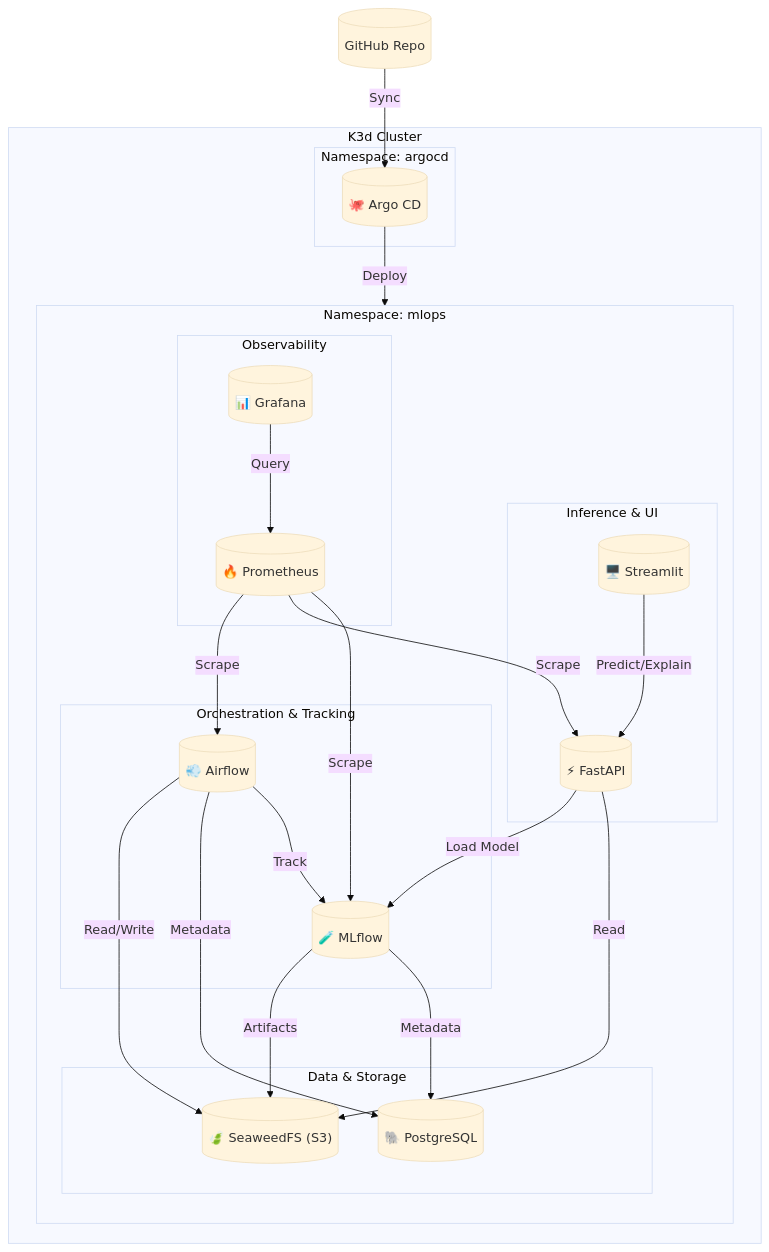
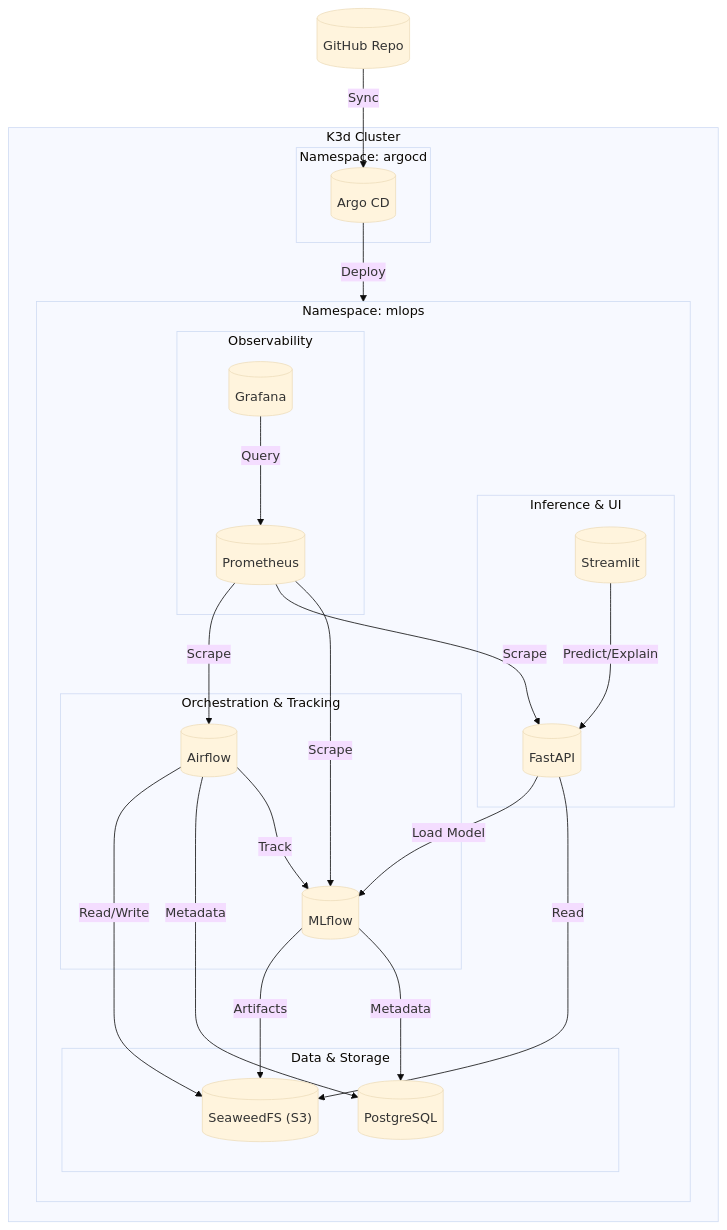
Before and after one commit to davidm094/MLOPS_Proyecto_Final: the first of 2 diagrams in README.md, drawn with Mermaid (base theme). The commit also changed other lines of this file and 6 other files, not shown here.

````diff
--- a/README.md
+++ b/README.md
@@ -18,52 +18,52 @@
 ```mermaid
 graph TD
     subgraph K3d_Cluster [K3d Cluster]
         subgraph Namespace_ArgoCD [Namespace: argocd]
-            ArgoCD[("🐙 Argo CD")]
+            ArgoCD[(" Argo CD")]
         end
         
         subgraph Namespace_MLOps [Namespace: mlops]
             direction TB
             
             subgraph Data_Layer [Data & Storage]
-                SeaweedFS[("🍃 SeaweedFS (S3)")]
-                PostgreSQL[("🐘 PostgreSQL")]
+                SeaweedFS[(" SeaweedFS (S3)")]
+                PostgreSQL[(" PostgreSQL")]
             end
             
             subgraph Orchestration [Orchestration & Tracking]
-                Airflow[("💨 Airflow")]
-                MLflow[("🧪 MLflow")]
+                Airflow[(" Airflow")]
+                MLflow[(" MLflow")]
             end
             
             subgraph Inference [Inference & UI]
-                FastAPI[("⚡ FastAPI")]
-                Streamlit[("🖥️ Streamlit")]
+                FastAPI[(" FastAPI")]
+                Streamlit[(" Streamlit")]
             end
             
             subgraph Observability [Observability]
-                Prometheus[("🔥 Prometheus")]
-                Grafana[("📊 Grafana")]
+                Prometheus[(" Prometheus")]
+                Grafana[(" Grafana")]
             end
         end
     end
     
     Git[("GitHub Repo")] -->|Sync| ArgoCD
     ArgoCD -->|Deploy| Namespace_MLOps
     
     Airflow -->|Read/Write| SeaweedFS
     Airflow -->|Metadata| PostgreSQL
     Airflow -->|Track| MLflow
     
     MLflow -->|Artifacts| SeaweedFS
     MLflow -->|Metadata| PostgreSQL
     
     FastAPI -->|Load Model| MLflow
     FastAPI -->|Read| SeaweedFS
     
     Streamlit -->|Predict/Explain| FastAPI
     
     Prometheus -->|Scrape| Airflow
     Prometheus -->|Scrape| FastAPI
     Prometheus -->|Scrape| MLflow
     Grafana -->|Query| Prometheus
 ```
````
